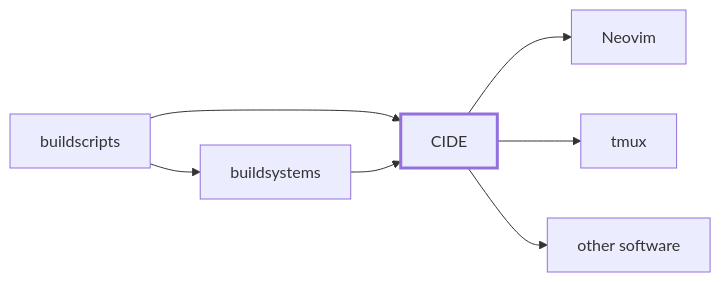
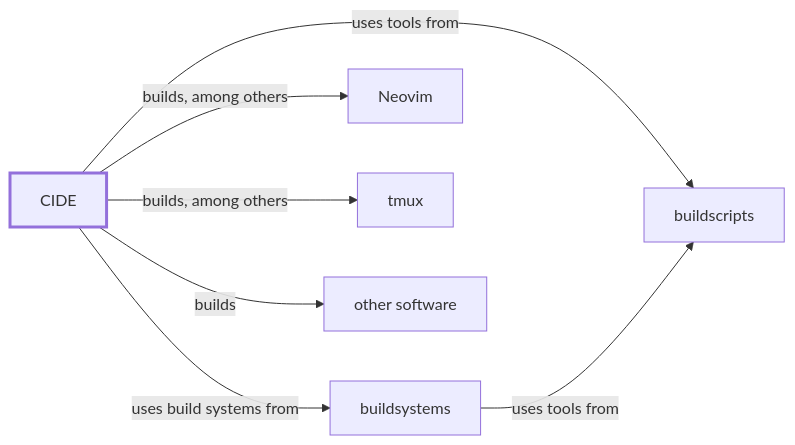
One commit to witold-k/witold-k changed the second of 3 diagrams in README.md. Above: the diagram before and after it, drawn with Mermaid. The commit also changed other lines of this file, not shown here.

Commit message:
Make diagram semantics and data flow explicit

````diff
--- a/README.md
+++ b/README.md
@@ -41,12 +45,12 @@
 ```mermaid
 flowchart LR
-    S[buildscripts] --> B[buildsystems]
-    S --> C[CIDE]
-    B --> C
+    C[CIDE] -->|uses tools from| S[buildscripts]
+    C -->|uses build systems from| B[buildsystems]
+    B -->|uses tools from| S
 
-    C --> N[Neovim]
-    C --> T[tmux]
-    C --> O[other software]
+    C -->|builds, among others| N[Neovim]
+    C -->|builds, among others| T[tmux]
+    C -->|builds| O[other software]
 
     style C stroke-width:3px
 ```
````
